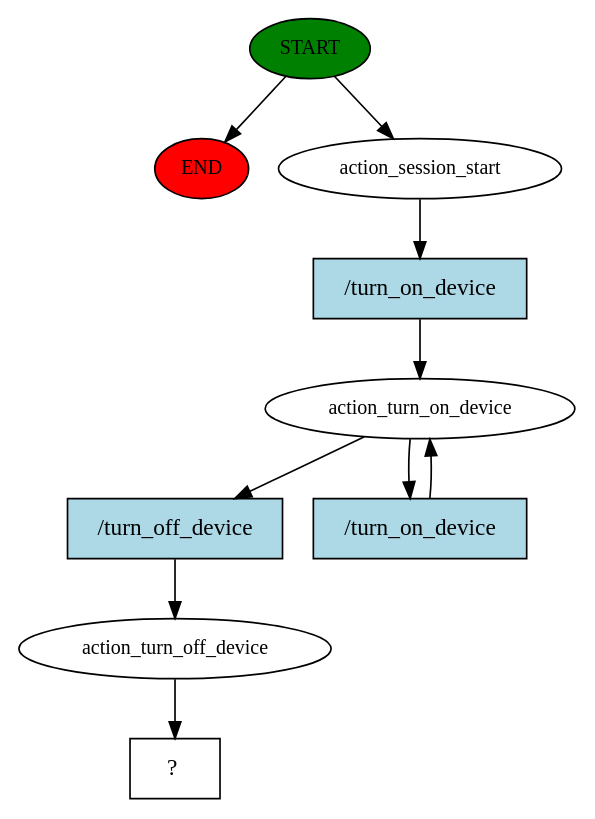
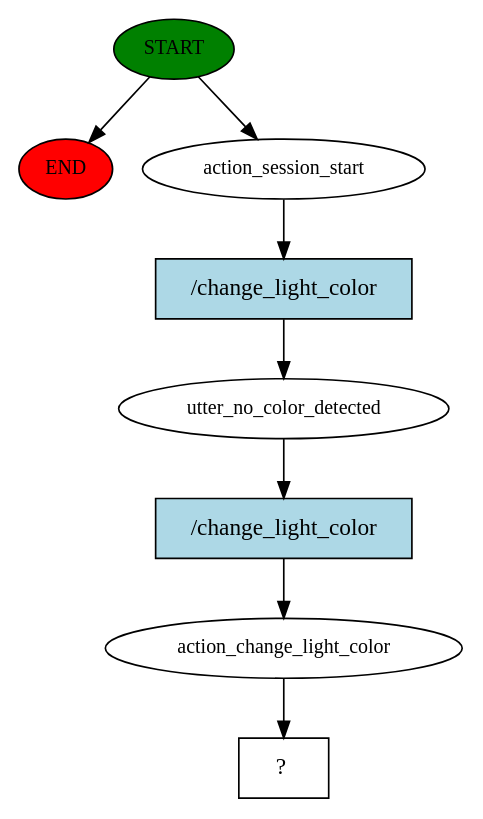
Before and after one commit to hossamhasanin/MrMoonSmartHome: the diagram in story_graph.dot, drawn with Graphviz. The commit also changed 13 other files, not shown here.

```diff
--- a/story_graph.dot
+++ b/story_graph.dot
@@ -1,20 +1,17 @@
 digraph  {
 0 [class="start active", fillcolor=green, fontsize=12, label=START, style=filled];
 "-1" [class=end, fillcolor=red, fontsize=12, label=END, style=filled];
 1 [class=active, fontsize=12, label=action_session_start];
-2 [class=active, fontsize=12, label=action_turn_on_device];
-4 [class=active, fontsize=12, label=action_turn_off_device];
-5 [class="intent dashed active", label="  ?  ", shape=rect];
-6 [class="intent active", fillcolor=lightblue, label="/turn_on_device", shape=rect, style=filled];
-7 [class="intent active", fillcolor=lightblue, label="/turn_off_device", shape=rect, style=filled];
-8 [class="intent active", fillcolor=lightblue, label="/turn_on_device", shape=rect, style=filled];
+2 [class=active, fontsize=12, label=utter_no_color_detected];
+3 [class=active, fontsize=12, label=action_change_light_color];
+4 [class="intent dashed active", label="  ?  ", shape=rect];
+5 [class="intent active", fillcolor=lightblue, label="/change_light_color", shape=rect, style=filled];
+6 [class="intent active", fillcolor=lightblue, label="/change_light_color", shape=rect, style=filled];
 0 -> "-1"  [class="", key=NONE, label=""];
 0 -> 1  [class=active, key=NONE, label=""];
-1 -> 6  [class=active, key=0];
-2 -> 7  [class=active, key=0];
-2 -> 8  [class=active, key=0];
-4 -> 5  [class=active, key=NONE, label=""];
-6 -> 2  [class=active, key=0];
-7 -> 4  [class=active, key=0];
-8 -> 2  [class=active, key=0];
+1 -> 5  [class=active, key=0];
+2 -> 6  [class=active, key=0];
+3 -> 4  [class=active, key=NONE, label=""];
+5 -> 2  [class=active, key=0];
+6 -> 3  [class=active, key=0];
 }
```
